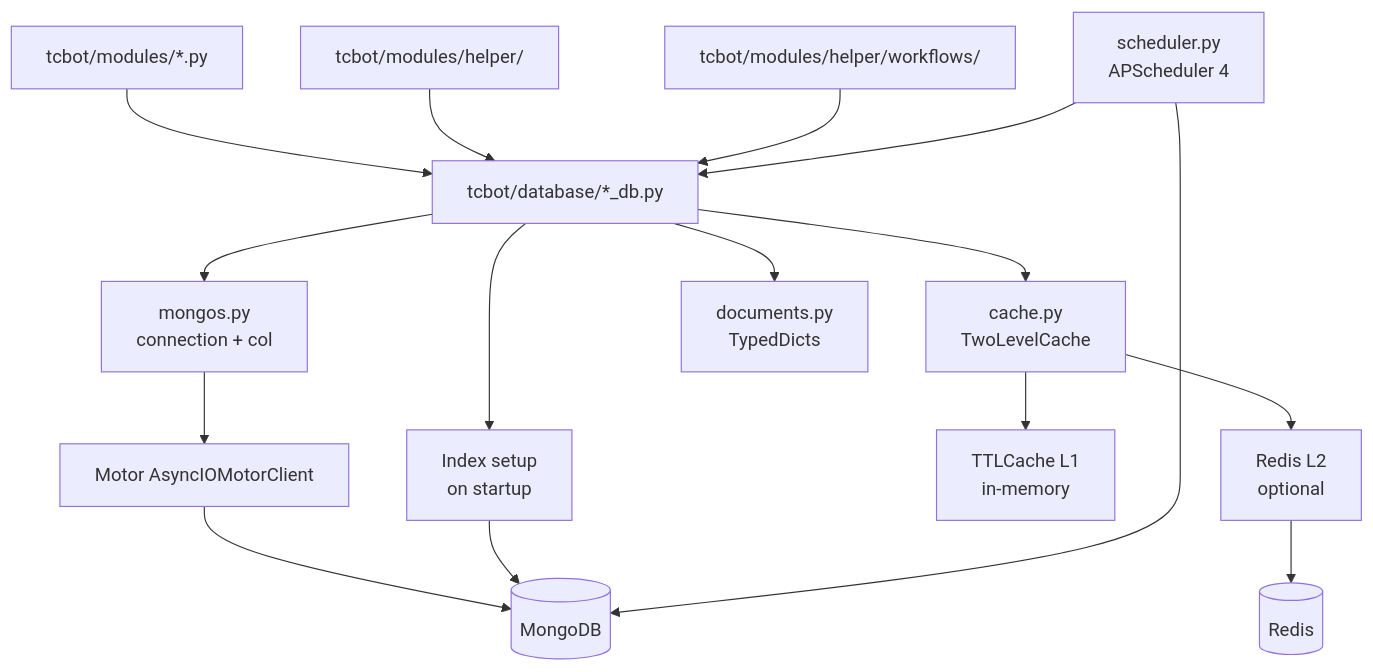
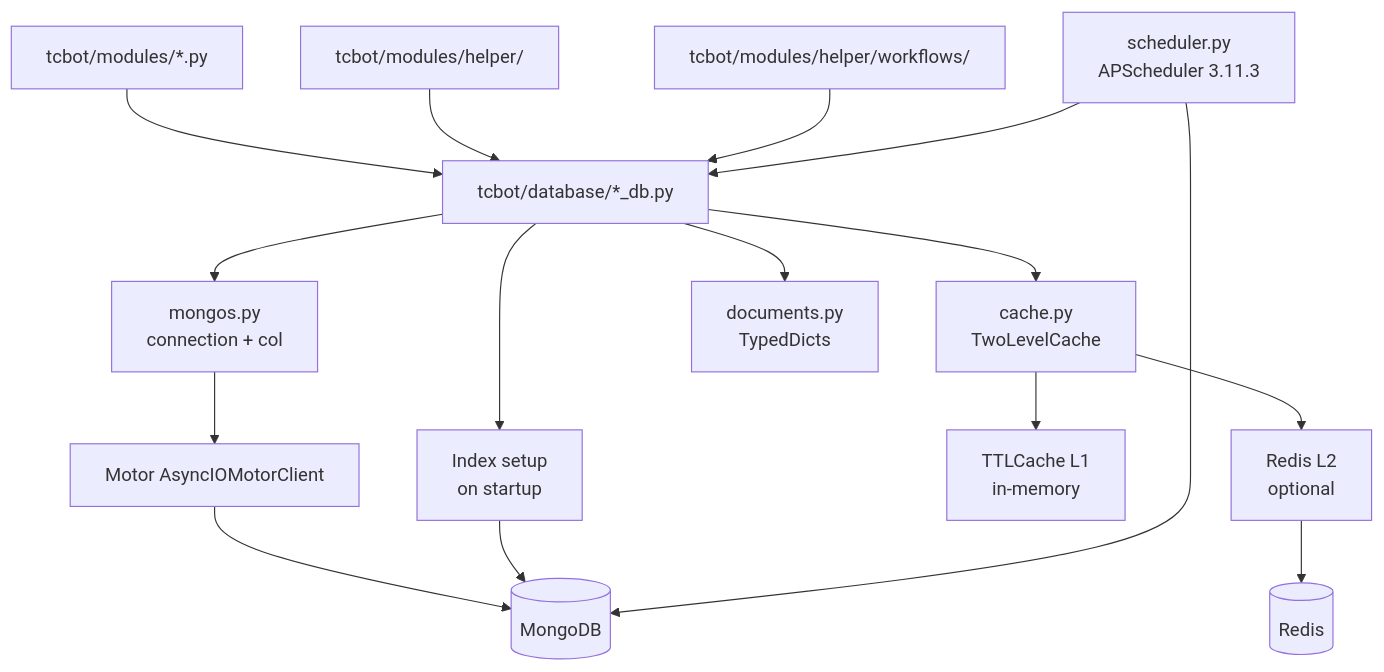
Before and after one commit to D1ZZY4/tcbot: the diagram in docs/architecture/database.md, drawn with Mermaid. The commit also changed other lines of this file and 6 other files, not shown here.

````diff
--- a/docs/architecture/database.md
+++ b/docs/architecture/database.md
@@ -9,18 +9,18 @@
 ```mermaid
 flowchart TD
     Modules[tcbot/modules/*.py] --> DBHelpers[tcbot/database/*_db.py]
     Helpers[tcbot/modules/helper/] --> DBHelpers
     Workflows[tcbot/modules/helper/workflows/] --> DBHelpers
     DBHelpers --> Mongos[mongos.py<br/>connection + col]
     DBHelpers --> Cache[cache.py<br/>TwoLevelCache]
     DBHelpers --> Documents[documents.py<br/>TypedDicts]
     Mongos --> Motor[Motor AsyncIOMotorClient]
     Motor --> MongoDB[(MongoDB)]
     DBHelpers --> Indexes[Index setup<br/>on startup]
     Indexes --> MongoDB
     Cache --> L1[TTLCache L1<br/>in-memory]
     Cache --> L2[Redis L2<br/>optional]
     L2 --> Redis[(Redis)]
-    Scheduler[scheduler.py<br/>APScheduler 4] --> MongoDB
+    Scheduler[scheduler.py<br/>APScheduler 3.11.3] --> MongoDB
     Scheduler --> DBHelpers
 ```
````
